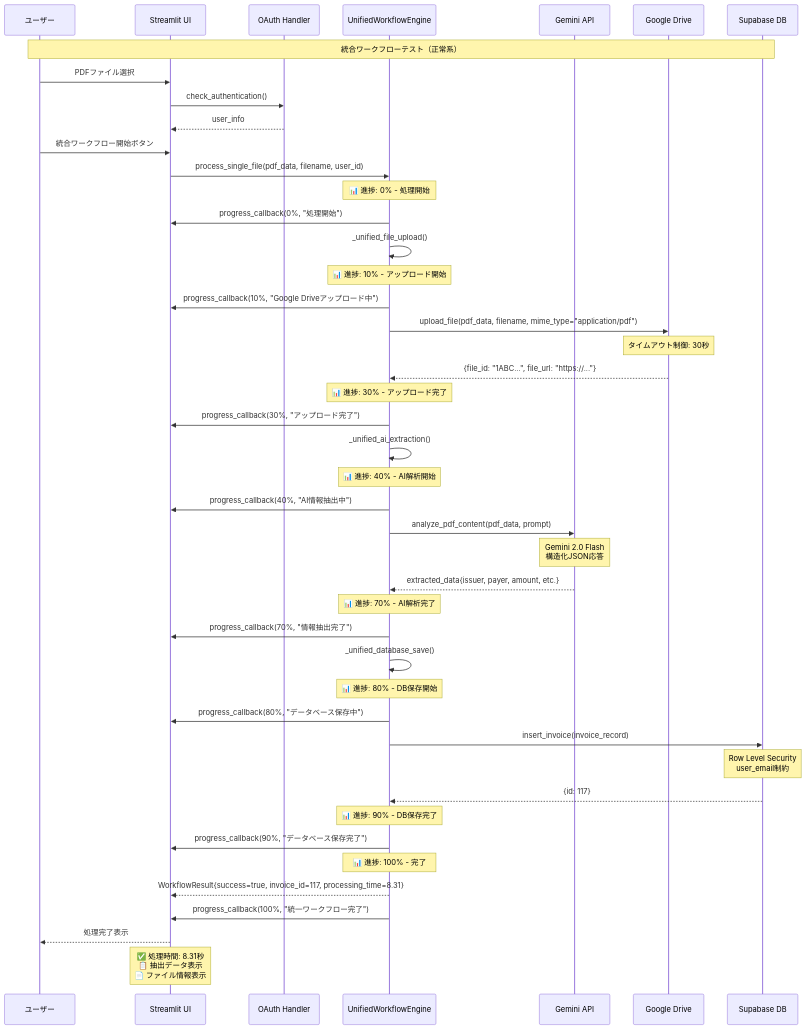
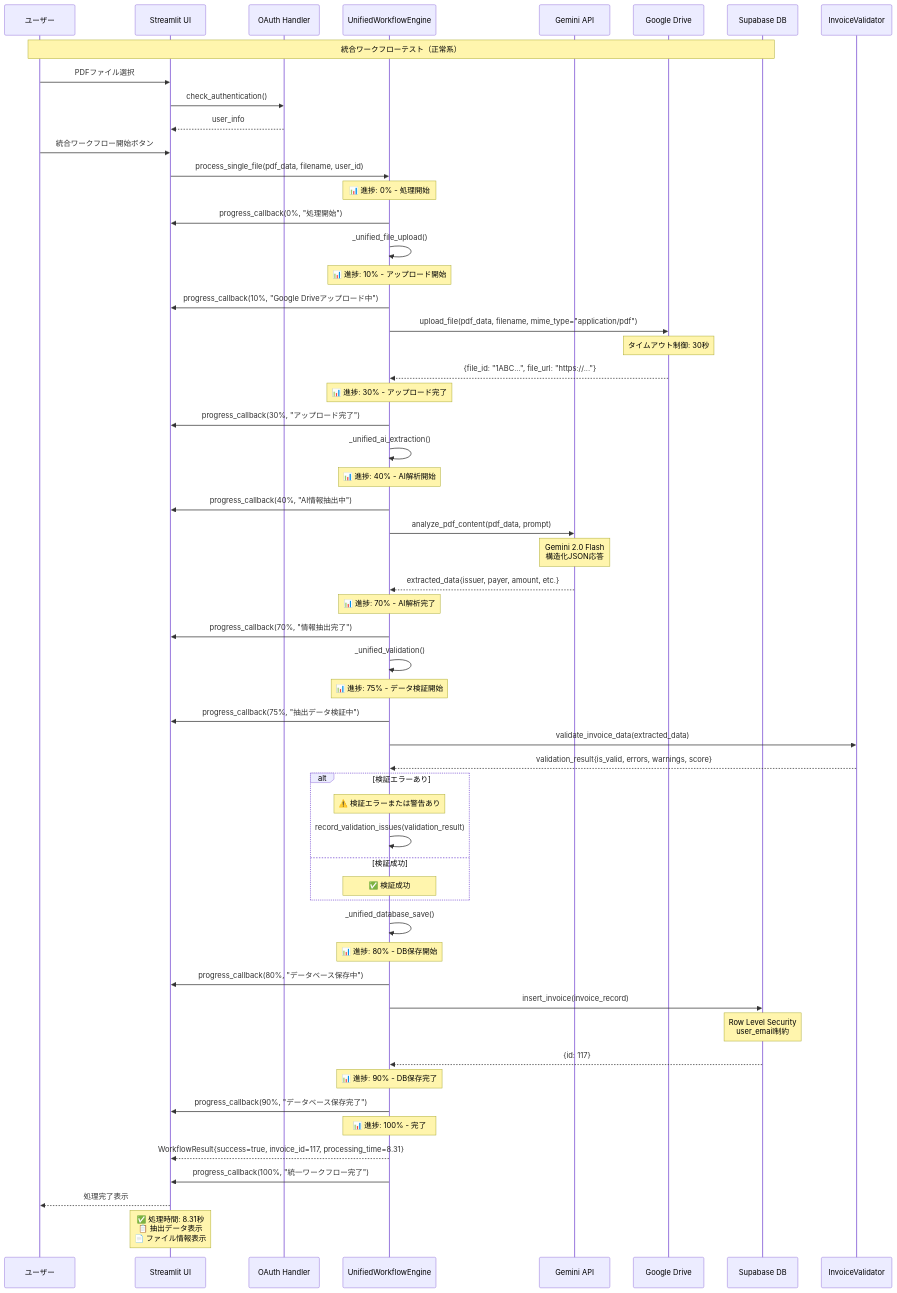
The first of 14 diagrams in docs/20_シーケンス図集.md (gucchon001/invoice-processing-system), drawn with Mermaid before and after one commit. The commit also changed 4 other files, not shown here.

Commit message:
\ Phase 2.5: 設計リファインメント完了\n\n- Step 1: OCRテストフローの責務をUnifiedWorkflowEngineに統合\n- Step 2: 請求書明細のデータモデルを正規化に統一\n- Step 3: シーケンス図に検証ステップを明記"

```diff
--- a/docs/20_シーケンス図集.md
+++ b/docs/20_シーケンス図集.md
@@ -73,6 +73,22 @@
     Note over UWE: 📊 進捗: 70% - AI解析完了
     UWE->>UI: progress_callback(70%, "情報抽出完了")
     
+    %% データ検証段階
+    UWE->>UWE: _unified_validation()
+    Note over UWE: 📊 進捗: 75% - データ検証開始
+    UWE->>UI: progress_callback(75%, "抽出データ検証中")
+
+    participant VALIDATOR as InvoiceValidator
+    UWE->>VALIDATOR: validate_invoice_data(extracted_data)
+    VALIDATOR-->>UWE: validation_result{is_valid, errors, warnings, score}
+
+    alt 検証エラーあり
+        Note over UWE: ⚠️ 検証エラーまたは警告あり
+        UWE->>UWE: record_validation_issues(validation_result)
+    else 検証成功
+        Note over UWE: ✅ 検証成功
+    end
+
     %% データベース保存段階
     UWE->>UWE: _unified_database_save()
     Note over UWE: 📊 進捗: 80% - DB保存開始
```
